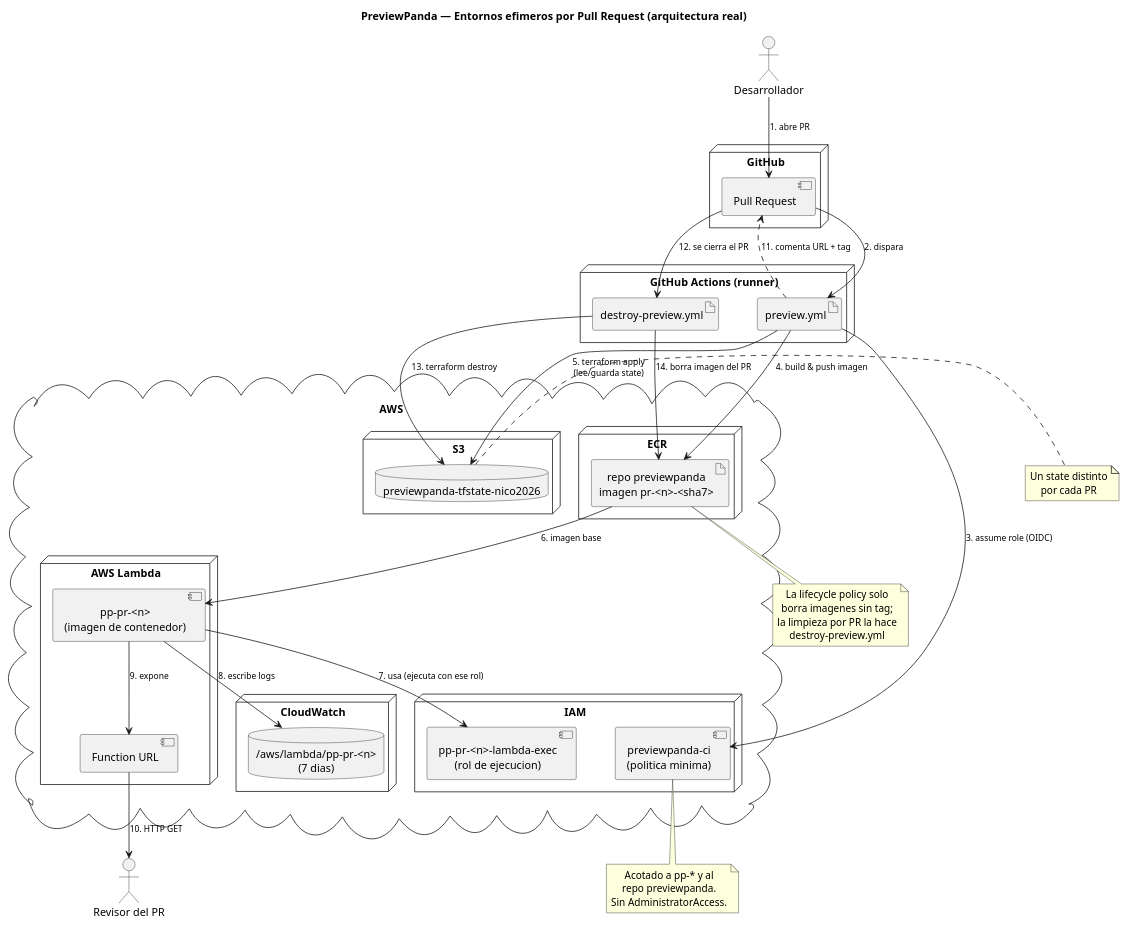
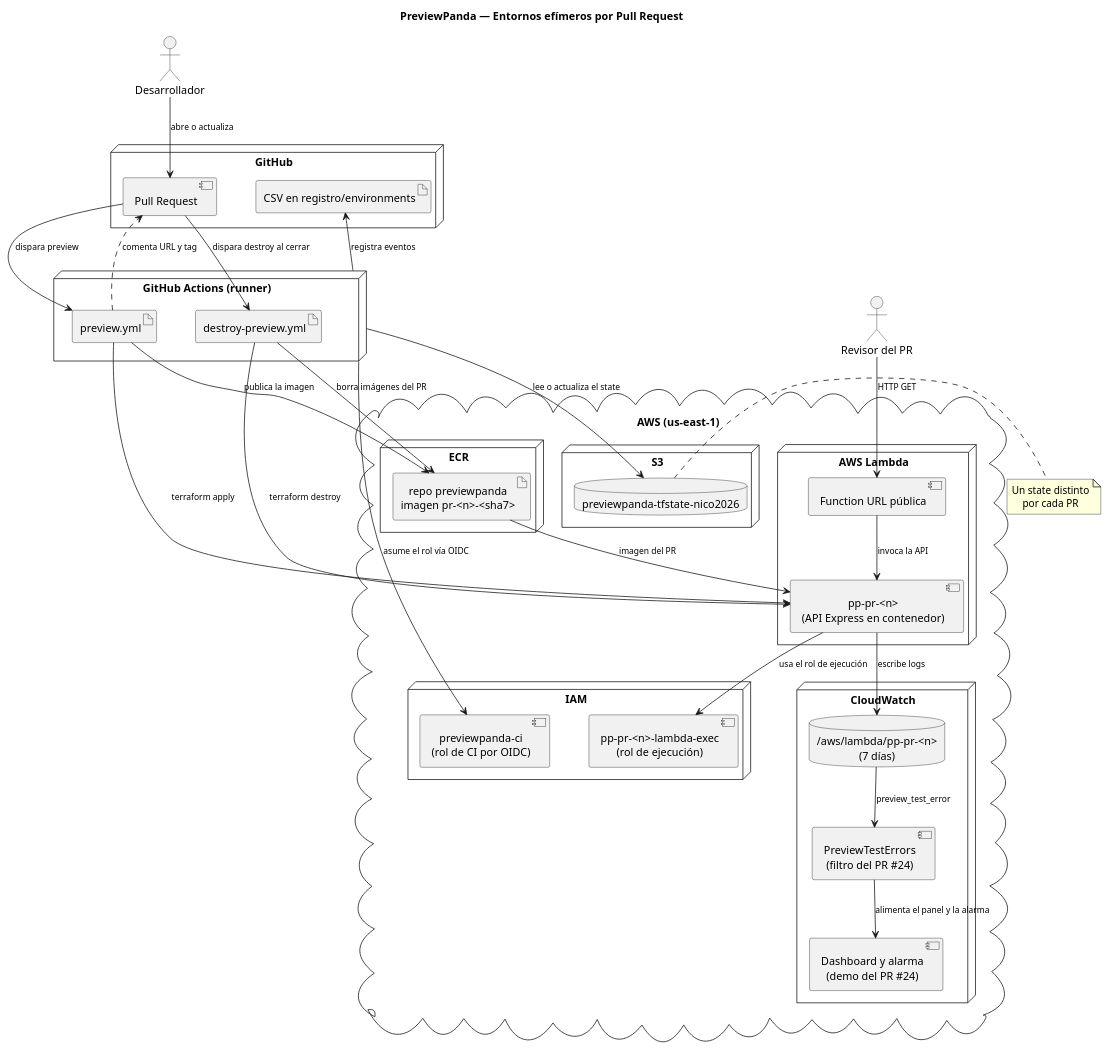
The diagram in docs/diagrams/diagrama-despliegue.puml (NicooGon/previewpanda), drawn with PlantUML before and after one commit. The commit also changed 10 other files, not shown here.

```diff
--- a/docs/diagrams/diagrama-despliegue.puml
+++ b/docs/diagrams/diagrama-despliegue.puml
@@ -1,81 +1,75 @@
-@startuml PreviewPanda - Diagrama de despliegue
+@startuml diagrama1
 
-title PreviewPanda — Entornos efimeros por Pull Request (arquitectura real)
+title PreviewPanda — Entornos efímeros por Pull Request
 
 skinparam nodesep 50
 skinparam ranksep 60
 skinparam ArrowFontSize 11
 skinparam defaultTextAlignment center
 
 actor "Desarrollador" as dev
 actor "Revisor del PR" as user
 
 node "GitHub" {
   component "Pull Request" as pr
+  artifact "CSV en registro/environments" as registro
 }
 
 node "GitHub Actions (runner)" as gha {
   artifact "preview.yml" as wf_preview
   artifact "destroy-preview.yml" as wf_destroy
 }
 
-cloud "AWS" as aws {
+cloud "AWS (us-east-1)" as aws {
 
   node "IAM" {
-    component "previewpanda-ci\n(politica minima)" as role_ci
-    component "pp-pr-<n>-lambda-exec\n(rol de ejecucion)" as role_lambda
+    component "previewpanda-ci\n(rol de CI por OIDC)" as role_ci
+    component "pp-pr-<n>-lambda-exec\n(rol de ejecución)" as role_lambda
   }
 
   node "ECR" {
     artifact "repo previewpanda\nimagen pr-<n>-<sha7>" as image
   }
 
   node "S3" {
     database "previewpanda-tfstate-nico2026" as s3state
   }
 
   node "AWS Lambda" {
-    component "pp-pr-<n>\n(imagen de contenedor)" as lambda
-    component "Function URL" as url
+    component "pp-pr-<n>\n(API Express en contenedor)" as lambda
+    component "Function URL pública" as url
   }
 
   node "CloudWatch" {
-    database "/aws/lambda/pp-pr-<n>\n(7 dias)" as logs
+    database "/aws/lambda/pp-pr-<n>\n(7 días)" as logs
+    component "PreviewTestErrors\n(filtro del PR #24)" as metric
+    component "Dashboard y alarma\n(demo del PR #24)" as alarm
   }
 }
 
-dev --> pr : 1. abre PR
-pr --> wf_preview : 2. dispara
-wf_preview --> role_ci : 3. assume role (OIDC)
-wf_preview --> image : 4. build & push imagen
-wf_preview --> s3state : 5. terraform apply\n(lee/guarda state)
-image --> lambda : 6. imagen base
-lambda --> role_lambda : 7. usa (ejecuta con ese rol)
-lambda --> logs : 8. escribe logs
-lambda --> url : 9. expone
-url --> user : 10. HTTP GET
-wf_preview ..> pr : 11. comenta URL + tag
+dev --> pr : abre o actualiza
+pr --> wf_preview : dispara preview
+pr --> wf_destroy : dispara destroy al cerrar
+gha --> role_ci : asume el rol vía OIDC
+wf_preview --> image : publica la imagen
+wf_preview --> lambda : terraform apply
+wf_preview ..> pr : comenta URL y tag
+gha --> registro : registra eventos
+gha --> s3state : lee o actualiza el state
+wf_destroy --> lambda : terraform destroy
+wf_destroy --> image : borra imágenes del PR
 
-pr --> wf_destroy : 12. se cierra el PR
-wf_destroy --> s3state : 13. terraform destroy
-wf_destroy --> image : 14. borra imagen del PR
+image --> lambda : imagen del PR
+lambda --> role_lambda : usa el rol de ejecución
+user --> url : HTTP GET
+url --> lambda : invoca la API
+lambda --> logs : escribe logs
+logs --> metric : preview_test_error
+metric --> alarm : alimenta el panel y la alarma
 
 note right of s3state
   Un state distinto
   por cada PR
 end note
 
-note bottom of role_ci
-  Acotado a pp-* y al
-  repo previewpanda.
-  Sin AdministratorAccess.
-end note
-
-note bottom of image
-  La lifecycle policy solo
-  borra imagenes sin tag;
-  la limpieza por PR la hace
-  destroy-preview.yml
-end note
-
 @enduml
```
